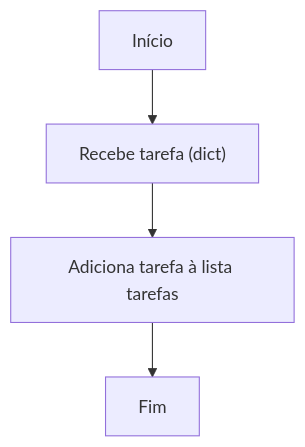
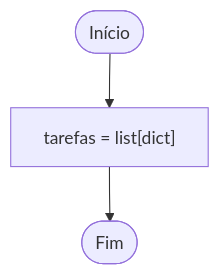
One commit to kf-martins-uel/algoritmos-crud changed the first of 7 diagrams in Fluxograms/README.md. Above: the diagram before and after it, drawn with Mermaid. The commit also changed other lines of this file and 1 other file, not shown here.

````diff
--- a/Fluxograms/README.md
+++ b/Fluxograms/README.md
@@ -9,6 +9,4 @@
 ```mermaid
 flowchart TD
-    A[Início] --> B["Recebe tarefa (dict)"]
-    B --> C[Adiciona tarefa à lista tarefas]
-    C --> D[Fim]
+    A(["Início"]) --> B["tarefas = list[dict]"] --> C(["Fim"])
 ```
````
